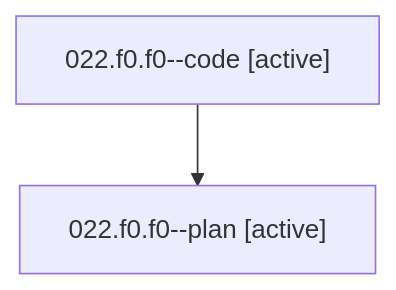
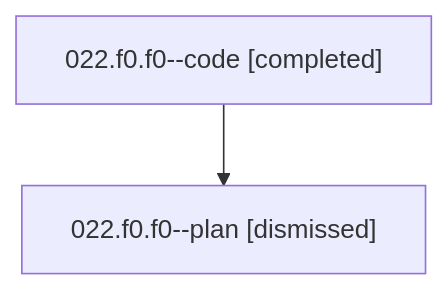
Before and after one commit to bobs-org/bob-cli--agents: the diagram in families/bbugyi200.athena.022.f0.f0.md, drawn with Mermaid. The commit also changed other lines of this file and 265 other files, not shown here.

````diff
--- a/families/bbugyi200.athena.022.f0.f0.md
+++ b/families/bbugyi200.athena.022.f0.f0.md
@@ -9,6 +9,6 @@
 ```mermaid
 flowchart TD
-  n0["022.f0.f0--code [active]"]
-  n1["022.f0.f0--plan [active]"]
+  n0["022.f0.f0--code [completed]"]
+  n1["022.f0.f0--plan [dismissed]"]
   n0 --> n1
 ```
````
